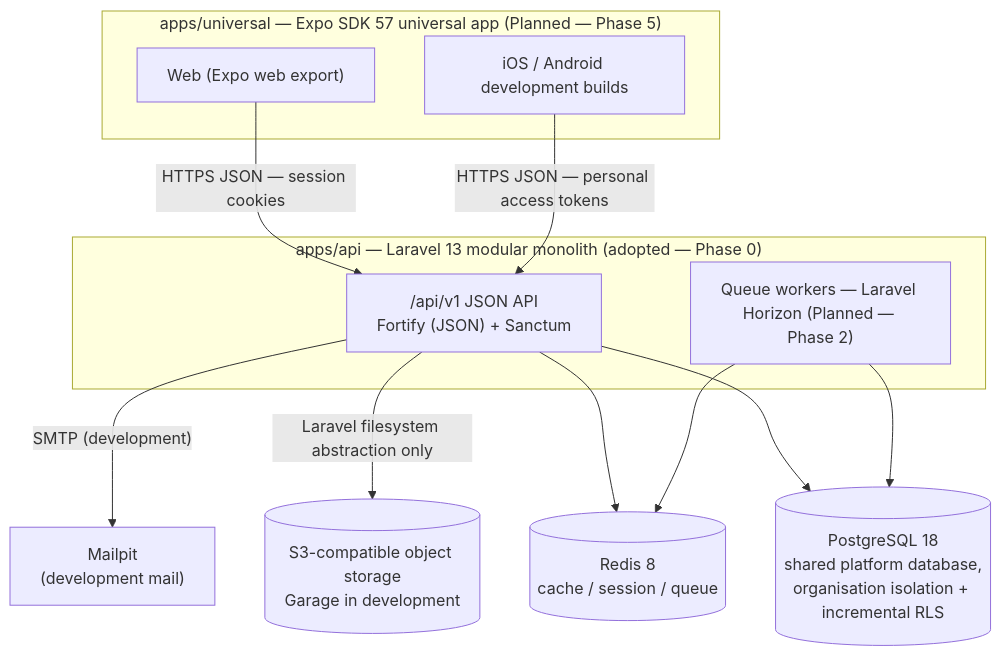
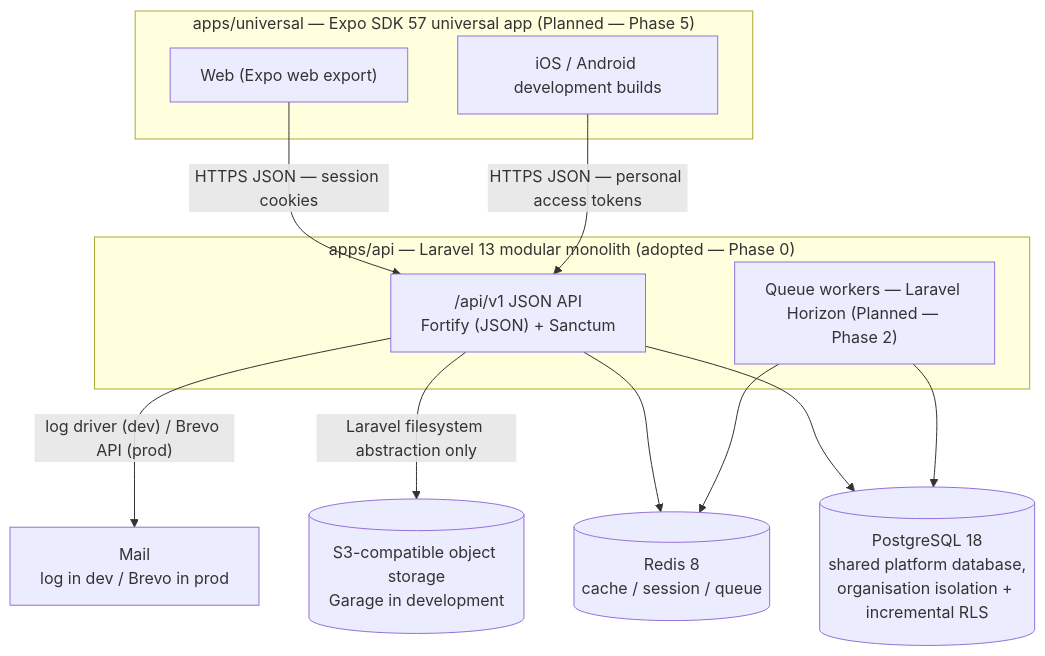
One commit to wztechno/healthlyzone360 changed the second of 2 diagrams in docs/architecture/01-system-context-and-containers.md. Above: the diagram before and after it, drawn with Mermaid. The commit also changed other lines of this file and 18 other files, not shown here.

````diff
--- a/docs/architecture/01-system-context-and-containers.md
+++ b/docs/architecture/01-system-context-and-containers.md
@@ -42,26 +42,26 @@
 ```mermaid
 flowchart TB
     subgraph universal["apps/universal — Expo SDK 57 universal app (Planned — Phase 5)"]
         web["Web (Expo web export)"]
         native["iOS / Android development builds"]
     end
 
     subgraph api["apps/api — Laravel 13 modular monolith (adopted — Phase 0)"]
         http["/api/v1 JSON API<br/>Fortify (JSON) + Sanctum"]
         horizon["Queue workers — Laravel Horizon (Planned — Phase 2)"]
     end
 
     pg[("PostgreSQL 18<br/>shared platform database,<br/>organisation isolation + incremental RLS")]
     redis[("Redis 8<br/>cache / session / queue")]
     s3[("S3-compatible object storage<br/>Garage in development")]
-    mailpit["Mailpit<br/>(development mail)"]
+    mail["Mail<br/>log in dev / Brevo in prod"]
 
     web -->|"HTTPS JSON — session cookies"| http
     native -->|"HTTPS JSON — personal access tokens"| http
     http --> pg
     http --> redis
     horizon --> redis
     horizon --> pg
     http -->|"Laravel filesystem abstraction only"| s3
-    http -->|"SMTP (development)"| mailpit
+    http -->|"log driver (dev) / Brevo API (prod)"| mail
 ```
````
